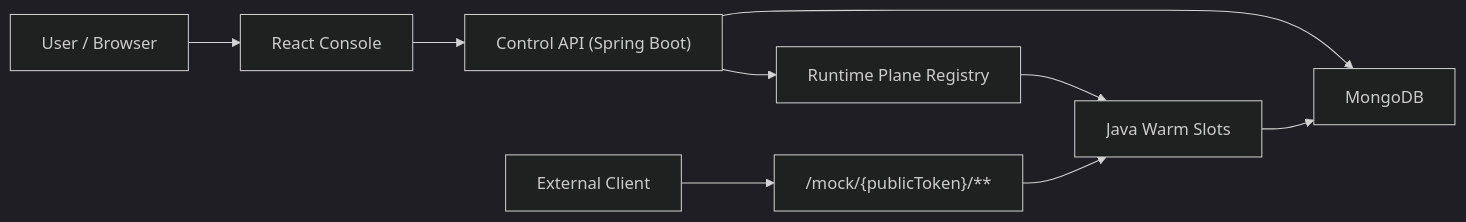
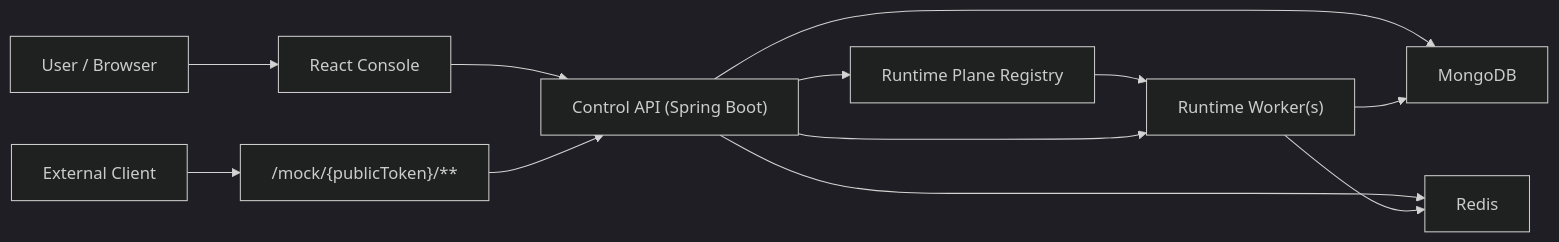
The diagram in README.md (xRESTx/MSaaS-Console), drawn with Mermaid (dark theme) before and after one commit. The commit also changed other lines of this file and 27 other files, not shown here.

Commit message:
Add runtime gateway, distributed mock state, runtime roles, slot eviction, worker reassignment, Redis-backed configuration, Docker topology updates, registry tests, and UI runtime controls

````diff
--- a/README.md
+++ b/README.md
@@ -68,11 +70,14 @@
 ```mermaid
 flowchart LR
   U["User / Browser"] --> UI["React Console"]
   UI --> API["Control API (Spring Boot)"]
   API --> DB["MongoDB"]
+  API --> REDIS["Redis"]
   API --> REG["Runtime Plane Registry"]
-  REG --> SLOT["Java Warm Slots"]
+  REG --> WORKER["Runtime Worker(s)"]
+  WORKER --> REDIS
   C["External Client"] --> MOCK["/mock/{publicToken}/**"]
-  MOCK --> SLOT
-  SLOT --> DB
+  MOCK --> API
+  API --> WORKER
+  WORKER --> DB
 ```
````
